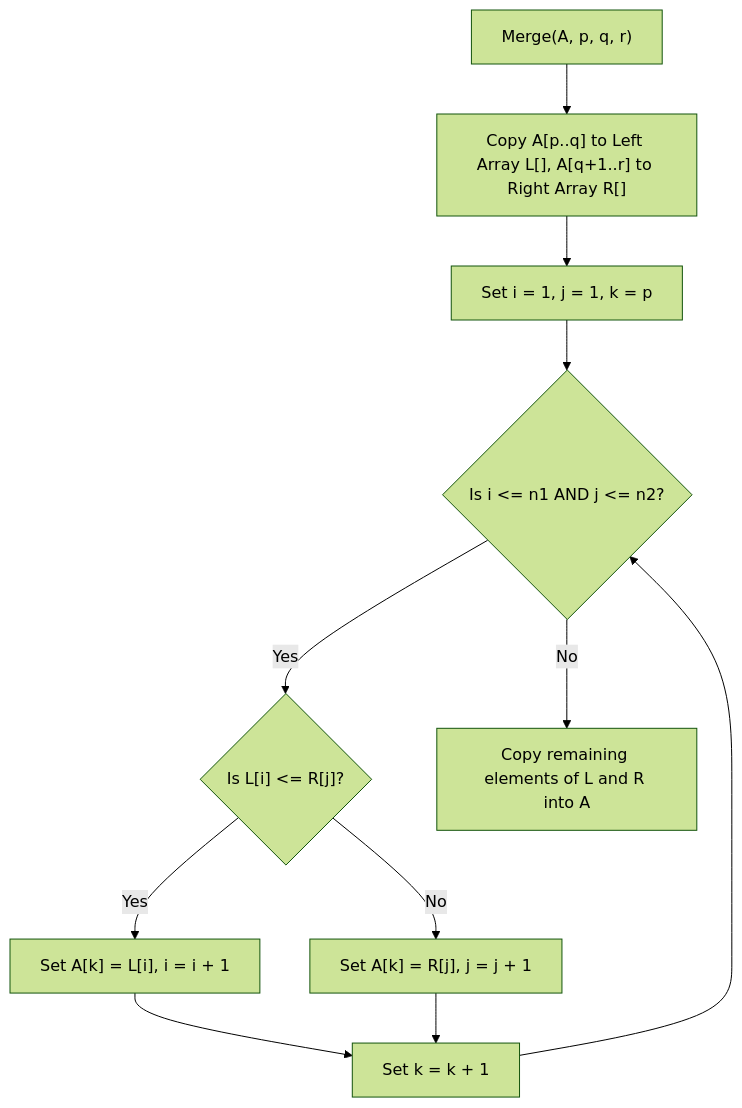
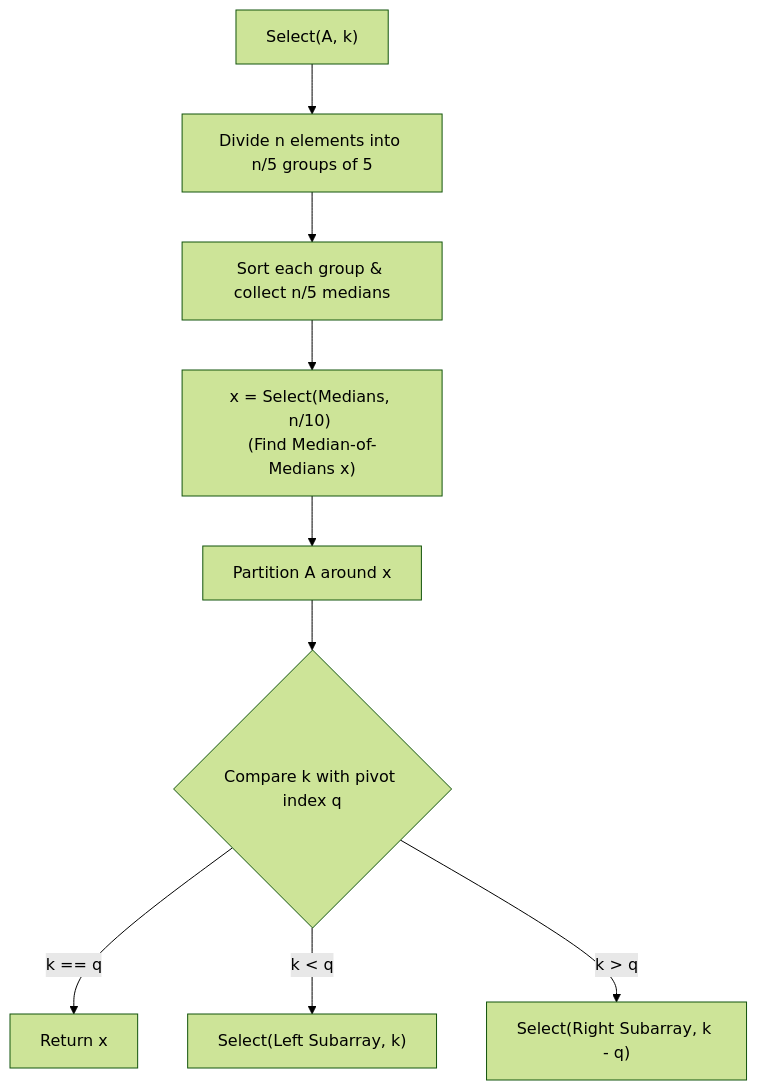
The fourth of 6 diagrams in notes/design_and_analysis_of_algorithms/Unit_03_Recurrence_and_Divide_Conquer.md (DeepLumiere/DeepSkills), drawn with Mermaid (forest theme) before and after one commit. The commit also changed other lines of this file and 2 other files, not shown here.

Commit message:
docs: enhance DAA Unit-III and Unit-V notes with full coverage, diagrams and widgets

````diff
--- a/notes/design_and_analysis_of_algorithms/Unit_03_Recurrence_and_Divide_Conquer.md
+++ b/notes/design_and_analysis_of_algorithms/Unit_03_Recurrence_and_Divide_Conquer.md
@@ -474,11 +437,11 @@
 ```mermaid
 flowchart TD
-    Start["Merge(A, p, q, r)"] --> Init["Copy A[p..q] to Left Array L[], A[q+1..r] to Right Array R[]"]
-    Init --> Pointers["Set i = 1, j = 1, k = p"]
-    Pointers --> Loop{"Is i <= n1 AND j <= n2?"}
-    Loop -- Yes --> Comp{"Is L[i] <= R[j]?"}
-    Comp -- Yes --> TakeL["Set A[k] = L[i], i = i + 1"]
-    Comp -- No --> TakeR["Set A[k] = R[j], j = j + 1"]
-    TakeL & TakeR --> IncK["Set k = k + 1"] --> Loop
-    Loop -- No --> CopyRem["Copy remaining elements of L and R into A"]
+    Start["Select(A, k)"] --> Group["Divide n elements into n/5 groups of 5"]
+    Group --> SortMed["Sort each group & collect n/5 medians"]
+    SortMed --> RecPivot["x = Select(Medians, n/10) <br>(Find Median-of-Medians x)"]
+    RecPivot --> Part["Partition A around x"]
+    Part --> CheckK{"Compare k with pivot index q"}
+    CheckK -- "k == q" --> Found["Return x"]
+    CheckK -- "k < q" --> Left["Select(Left Subarray, k)"]
+    CheckK -- "k > q" --> Right["Select(Right Subarray, k - q)"]
 ```
````
